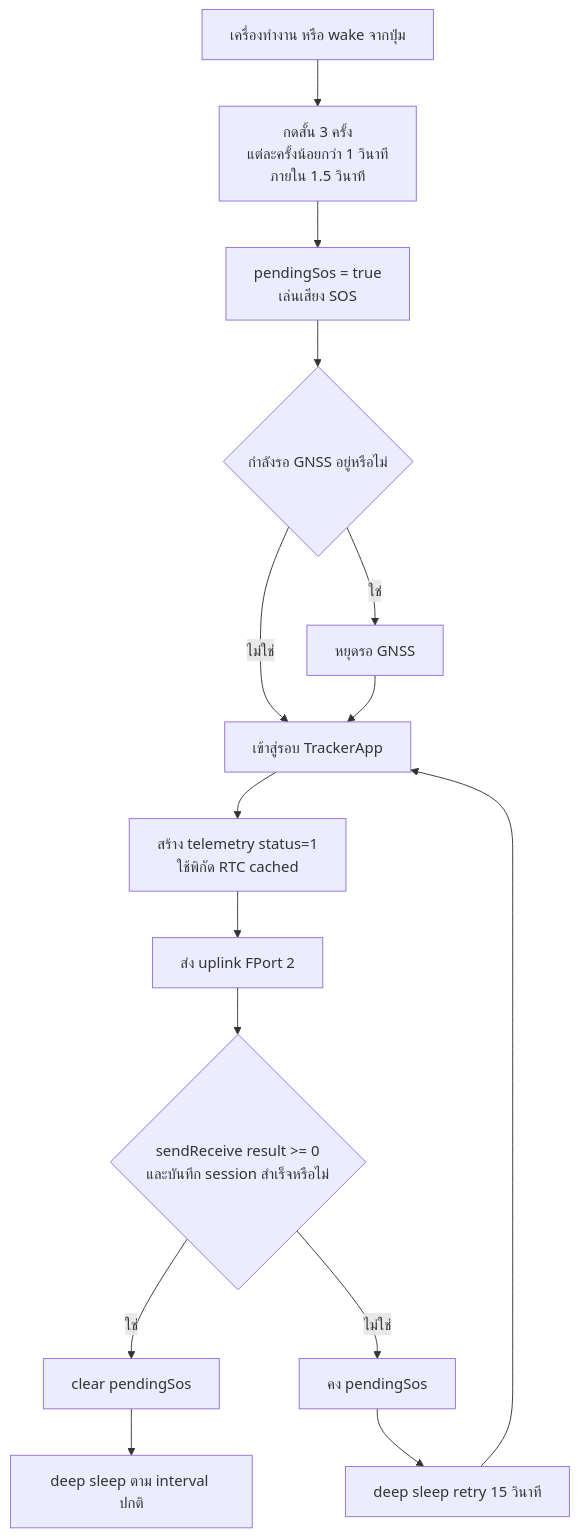
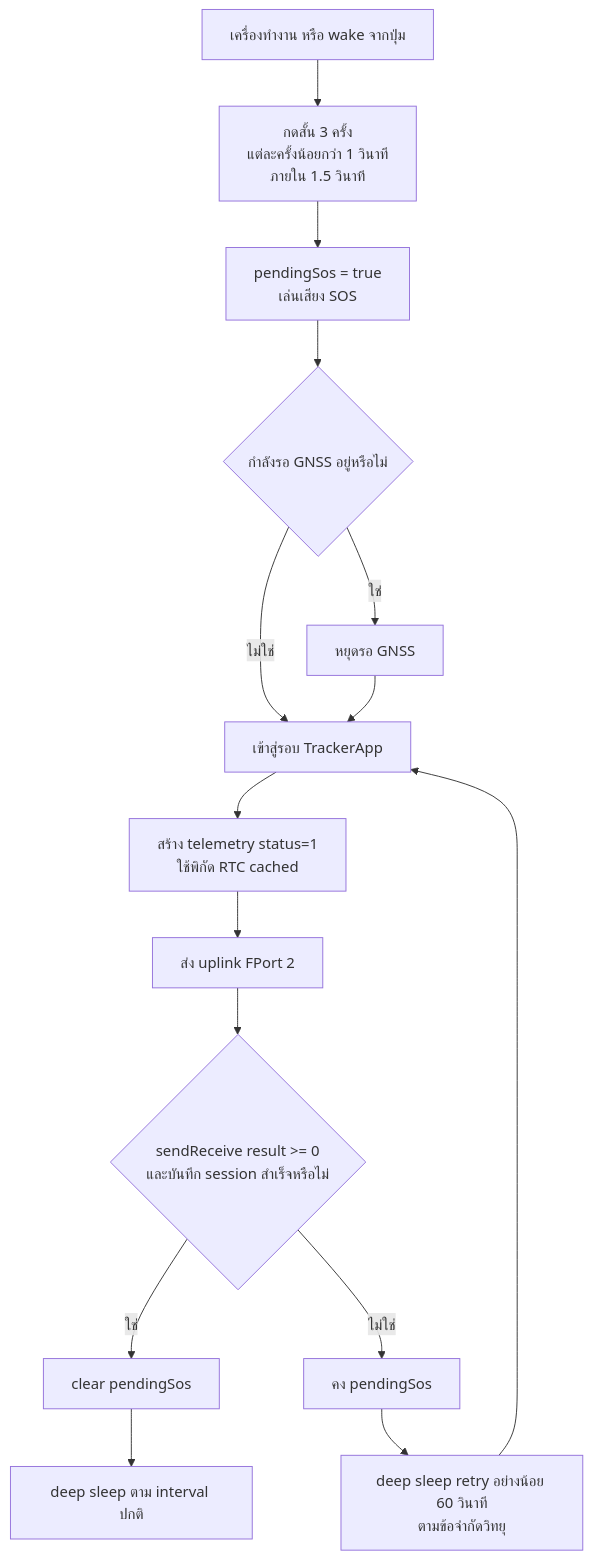
Before and after one commit to whyzotee/esp32-s3-tracker: the third of 4 diagrams in docs/UserManual_TH.md, drawn with Mermaid. The commit also changed other lines of this file and 27 other files, not shown here.

````diff
--- a/docs/UserManual_TH.md
+++ b/docs/UserManual_TH.md
@@ -75,17 +79,17 @@
 ```mermaid
 flowchart TD
     A[เครื่องทำงาน หรือ wake จากปุ่ม] --> B[กดสั้น 3 ครั้ง<br/>แต่ละครั้งน้อยกว่า 1 วินาที<br/>ภายใน 1.5 วินาที]
     B --> C[pendingSos = true<br/>เล่นเสียง SOS]
     C --> D{กำลังรอ GNSS อยู่หรือไม่}
     D -- ใช่ --> E[หยุดรอ GNSS]
     D -- ไม่ใช่ --> F[เข้าสู่รอบ TrackerApp]
     E --> F
     F --> G[สร้าง telemetry status=1<br/>ใช้พิกัด RTC cached]
     G --> H[ส่ง uplink FPort 2]
     H --> I{sendReceive result >= 0<br/>และบันทึก session สำเร็จหรือไม่}
     I -- ใช่ --> J[clear pendingSos]
     I -- ไม่ใช่ --> K[คง pendingSos]
     J --> L[deep sleep ตาม interval ปกติ]
-    K --> M[deep sleep retry 15 วินาที]
+    K --> M[deep sleep retry อย่างน้อย 60 วินาที<br/>ตามข้อจำกัดวิทยุ]
     M --> F
 ```
````
